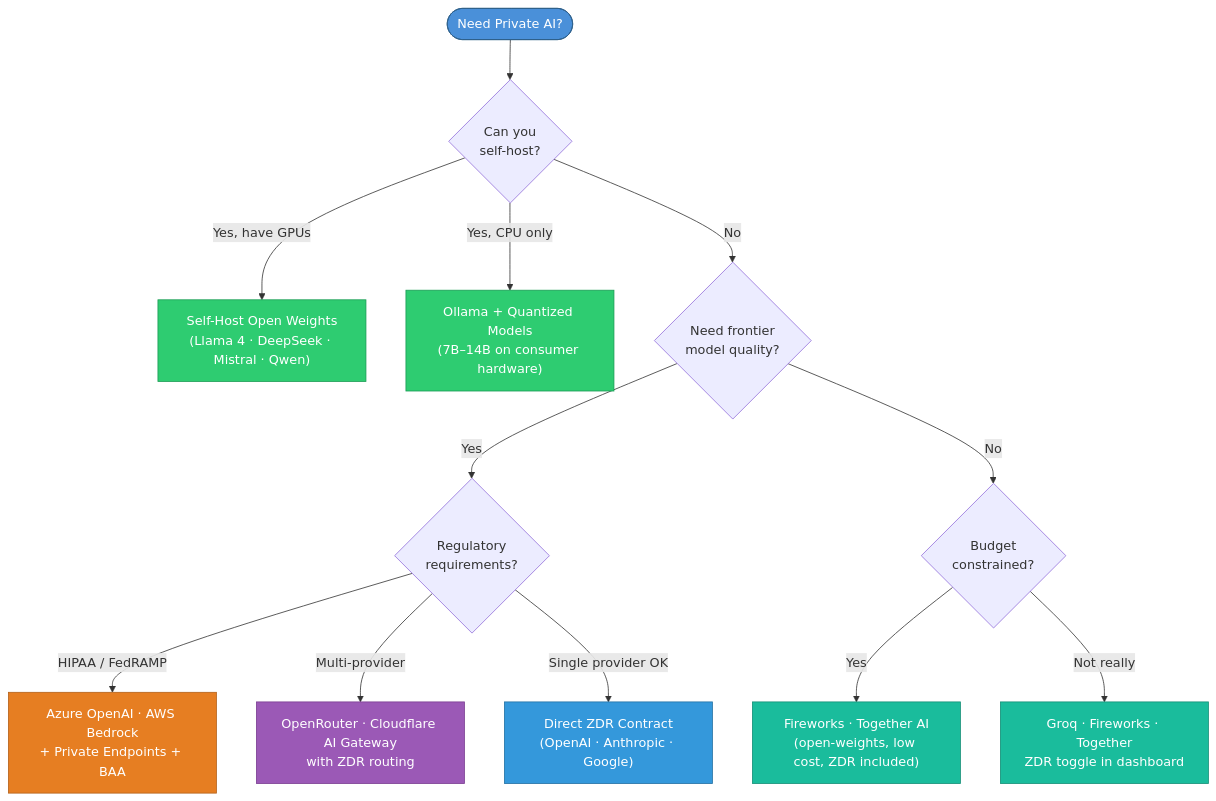
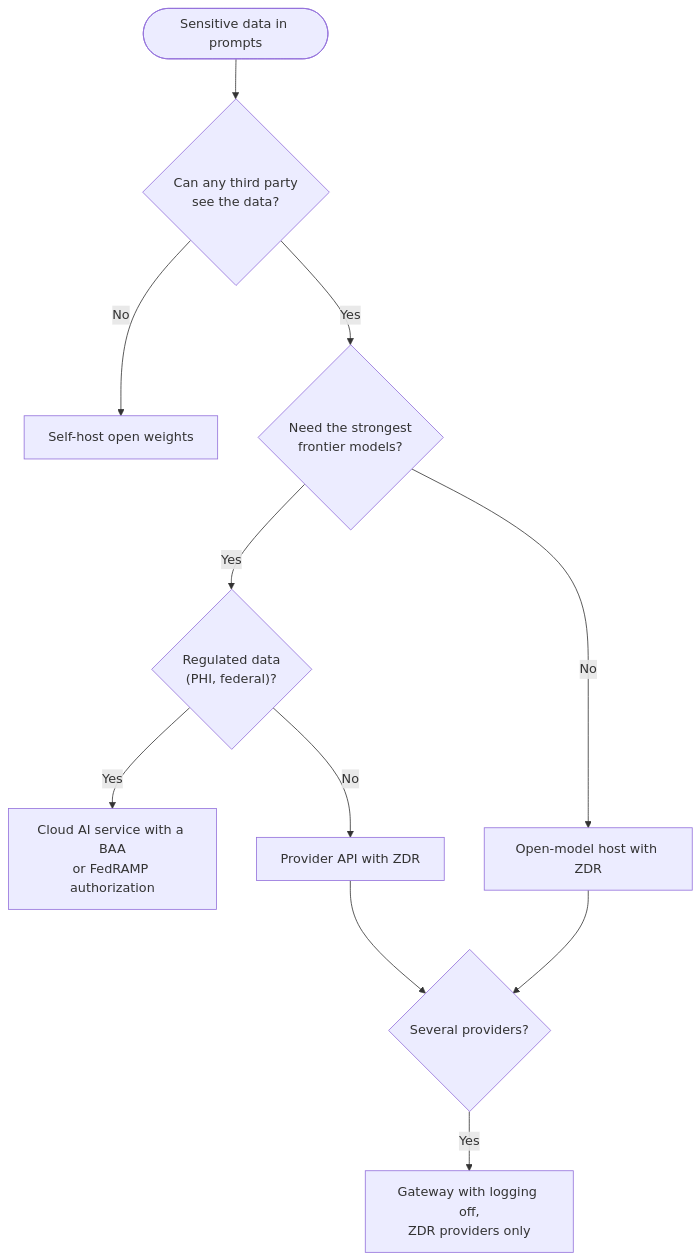
Before and after one commit to abubakarsiddik31/zdr: the diagram in README.md, drawn with Mermaid. The commit also changed other lines of this file and 23 other files, not shown here.

````diff
--- a/README.md
+++ b/README.md
@@ -66,27 +56,13 @@
 ```mermaid
 flowchart TD
-    Start(["Need Private AI?"]) --> Q1{"Can you\nself-host?"}
-
-    Q1 -->|"Yes, have GPUs"| SH["Self-Host Open Weights\n(Llama 4 · DeepSeek · Mistral · Qwen)"]
-    Q1 -->|"Yes, CPU only"| OL["Ollama + Quantized Models\n(7B–14B on consumer hardware)"]
-    Q1 -->|No| Q2{"Need frontier\nmodel quality?"}
-
-    Q2 -->|Yes| Q3{"Regulatory\nrequirements?"}
-    Q2 -->|No| Q4{"Budget\nconstrained?"}
-
-    Q3 -->|"HIPAA / FedRAMP"| Cloud["Azure OpenAI · AWS Bedrock\n+ Private Endpoints + BAA"]
-    Q3 -->|"Multi-provider"| GW["OpenRouter · Cloudflare AI Gateway\nwith ZDR routing"]
-    Q3 -->|"Single provider OK"| Direct["Direct ZDR Contract\n(OpenAI · Anthropic · Google)"]
-
-    Q4 -->|Yes| Budget["Fireworks · Together AI\n(open-weights, low cost, ZDR included)"]
-    Q4 -->|"Not really"| Fast["Groq · Fireworks · Together\nZDR toggle in dashboard"]
-
-    style Start fill:#4a90d9,stroke:#2c5f8a,color:#fff
-    style SH fill:#2ecc71,stroke:#1a9c54,color:#fff
-    style OL fill:#2ecc71,stroke:#1a9c54,color:#fff
-    style Cloud fill:#e67e22,stroke:#b3611a,color:#fff
-    style GW fill:#9b59b6,stroke:#7a3d92,color:#fff
-    style Direct fill:#3498db,stroke:#2471a3,color:#fff
-    style Budget fill:#1abc9c,stroke:#148f77,color:#fff
-    style Fast fill:#1abc9c,stroke:#148f77,color:#fff
+    Start(["Sensitive data in prompts"]) --> Q1{"Can any third party<br/>see the data?"}
+    Q1 -->|No| SH["Self-host open weights"]
+    Q1 -->|Yes| Q2{"Need the strongest<br/>frontier models?"}
+    Q2 -->|Yes| Q3{"Regulated data<br/>(PHI, federal)?"}
+    Q3 -->|Yes| Cloud["Cloud AI service with a BAA<br/>or FedRAMP authorization"]
+    Q3 -->|No| Direct["Provider API with ZDR"]
+    Q2 -->|No| Open["Open-model host with ZDR"]
+    Direct --> GW{"Several providers?"}
+    Open --> GW
+    GW -->|Yes| Router["Gateway with logging off,<br/>ZDR providers only"]
 ```
````
